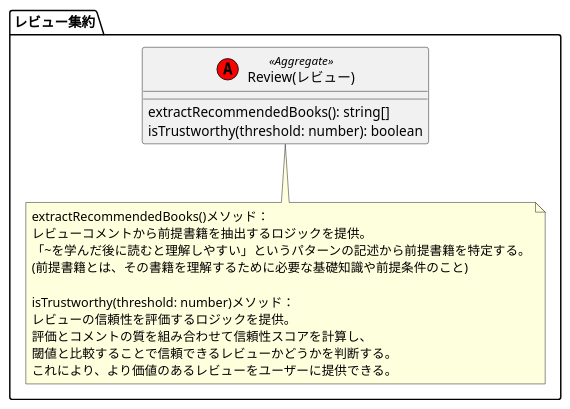
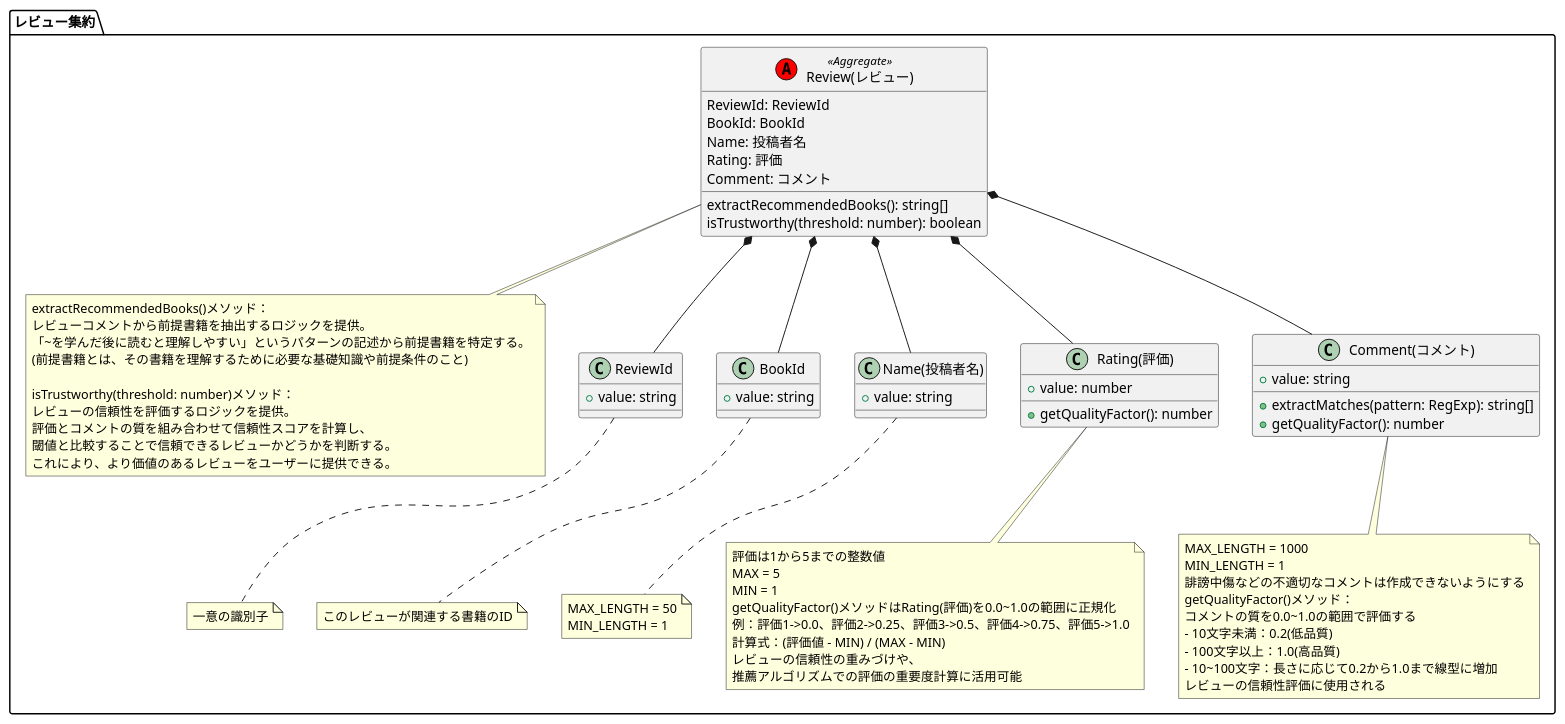
One commit to y-takagiiii/ddd-bookstore-catalog changed the diagram in CatalogService/Domain/models/Review/Review.pu. Above: the diagram before and after it, drawn with PlantUML.

Commit message:
レビュー集約に属性を追加 - レビューID - 書籍ID - 投稿者名 - 評価 - Rating値オブジェクトとComment値オブジェクトに質を評価するgetQualityFactorメソッドを追加 - 一意や最小最大値などのルールもnoteに追加

```diff
--- a/CatalogService/Domain/models/Review/Review.pu
+++ b/CatalogService/Domain/models/Review/Review.pu
@@ -1,21 +1,92 @@
 package "レビュー集約" {
   '1. 集約とポリシーの表現
   class "Review(レビュー)" as Review << (A, red) Aggregate >> {
+    ReviewId: ReviewId
+    BookId: BookId
+    Name: 投稿者名
+    Rating: 評価
+    Comment: コメント
     extractRecommendedBooks(): string[]
     isTrustworthy(threshold: number): boolean
   }
 
   '2 ビジネスルールの具体化
   note bottom of Review
     extractRecommendedBooks()メソッド：
     レビューコメントから前提書籍を抽出するロジックを提供。
     「~を学んだ後に読むと理解しやすい」というパターンの記述から前提書籍を特定する。
     (前提書籍とは、その書籍を理解するために必要な基礎知識や前提条件のこと)
 
     isTrustworthy(threshold: number)メソッド：
     レビューの信頼性を評価するロジックを提供。
     評価とコメントの質を組み合わせて信頼性スコアを計算し、
     閾値と比較することで信頼できるレビューかどうかを判断する。
     これにより、より価値のあるレビューをユーザーに提供できる。
   end note
+
+  '3. 必要なインプットの特定
+  class "ReviewId" as ReviewId {
+    + value: string
+  }
+
+  class "BookId" as BookId {
+    + value: string
+  }
+
+  class "Name(投稿者名)" as Name {
+    + value: string
+  }
+
+  class "Rating(評価)" as Rating {
+    + value: number
+    + getQualityFactor(): number
+  }
+
+  class "Comment(コメント)" as Comment {
+    + value: string
+    + extractMatches(pattern: RegExp): string[]
+    + getQualityFactor(): number
+  }
+
+  note bottom of ReviewId
+    一意の識別子
+  end note
+
+  note bottom of BookId
+    このレビューが関連する書籍のID
+  end note
+
+  note bottom of Name
+    MAX_LENGTH = 50
+    MIN_LENGTH = 1
+  end note
+
+  note bottom of Rating
+    評価は1から5までの整数値
+    MAX = 5
+    MIN = 1
+    getQualityFactor()メソッドはRating(評価)を0.0~1.0の範囲に正規化
+    例：評価1->0.0、評価2->0.25、評価3->0.5、評価4->0.75、評価5->1.0
+    計算式：(評価値 - MIN) / (MAX - MIN)
+    レビューの信頼性の重みづけや、
+    推薦アルゴリズムでの評価の重要度計算に活用可能
+  end note
+
+  note bottom of Comment
+    MAX_LENGTH = 1000
+    MIN_LENGTH = 1
+    誹謗中傷などの不適切なコメントは作成できないようにする
+    getQualityFactor()メソッド：
+    コメントの質を0.0~1.0の範囲で評価する
+    - 10文字未満：0.2(低品質)
+    - 100文字以上：1.0(高品質)
+    - 10~100文字：長さに応じて0.2から1.0まで線型に増加
+    レビューの信頼性評価に使用される
+  end note
+
+  Review *-- ReviewId
+  Review *-- BookId
+  Review *-- Name
+  Review *-- Rating
+  Review *-- Comment
 }
```
